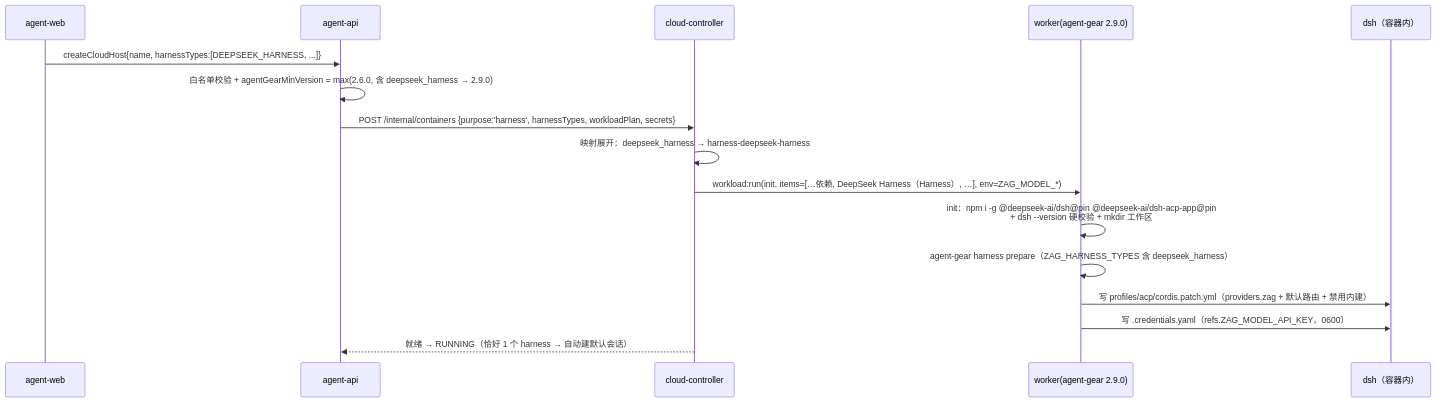
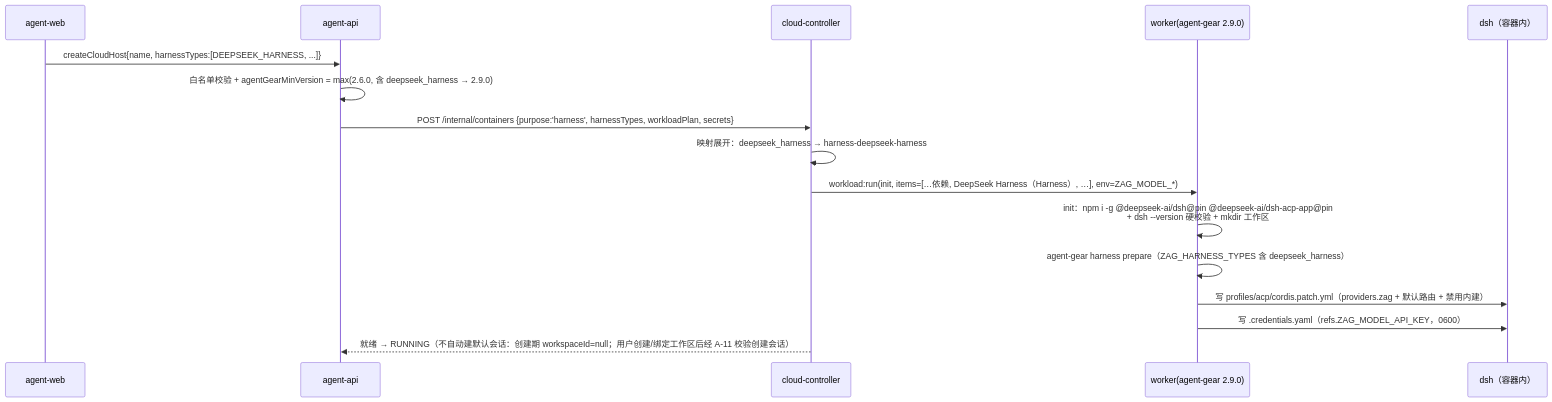
One commit to Deliay/z-agent-gear changed the third of 4 diagrams in docs/engineering/proposals/20261025-feat-deepseek-harness.md. Above: the diagram before and after it, drawn with Mermaid. The commit also changed other lines of this file and 1 other file, not shown here.

````diff
--- a/docs/engineering/proposals/20261025-feat-deepseek-harness.md
+++ b/docs/engineering/proposals/20261025-feat-deepseek-harness.md
@@ -264,19 +266,19 @@
 ```mermaid
 sequenceDiagram
     participant AW as agent-web
     participant AA as agent-api
     participant CC as cloud-controller
     participant W as worker(agent-gear 2.9.0)
     participant D as dsh（容器内）
 
     AW->>AA: createCloudHost{name, harnessTypes:[DEEPSEEK_HARNESS, ...]}
     AA->>AA: 白名单校验 + agentGearMinVersion = max(2.6.0, 含 deepseek_harness → 2.9.0)
     AA->>CC: POST /internal/containers {purpose:'harness', harnessTypes, workloadPlan, secrets}
     CC->>CC: 映射展开：deepseek_harness → harness-deepseek-harness
     CC->>W: workload:run(init, items=[…依赖, DeepSeek Harness（Harness）, …], env=ZAG_MODEL_*)
     W->>W: init：npm i -g @deepseek-ai/dsh@pin @deepseek-ai/dsh-acp-app@pin<br/>+ dsh --version 硬校验 + mkdir 工作区
     W->>W: agent-gear harness prepare（ZAG_HARNESS_TYPES 含 deepseek_harness）
     W->>D: 写 profiles/acp/cordis.patch.yml（providers.zag + 默认路由 + 禁用内建）
     W->>D: 写 .credentials.yaml（refs.ZAG_MODEL_API_KEY，0600）
-    CC-->>AA: 就绪 → RUNNING（恰好 1 个 harness → 自动建默认会话）
+    CC-->>AA: 就绪 → RUNNING（不自动建默认会话：创建期 workspaceId=null；用户创建/绑定工作区后经 A-11 校验创建会话）
 ```
````
